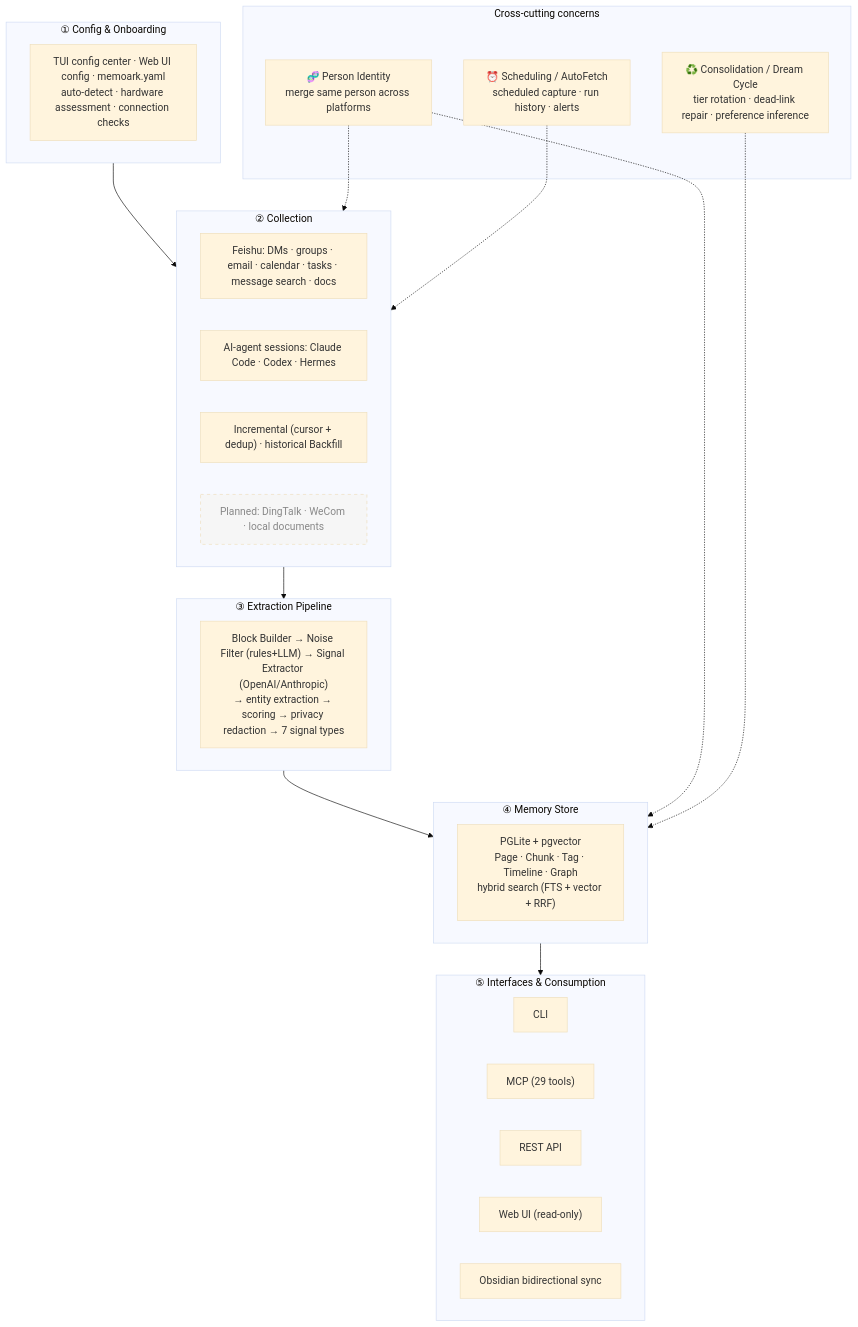
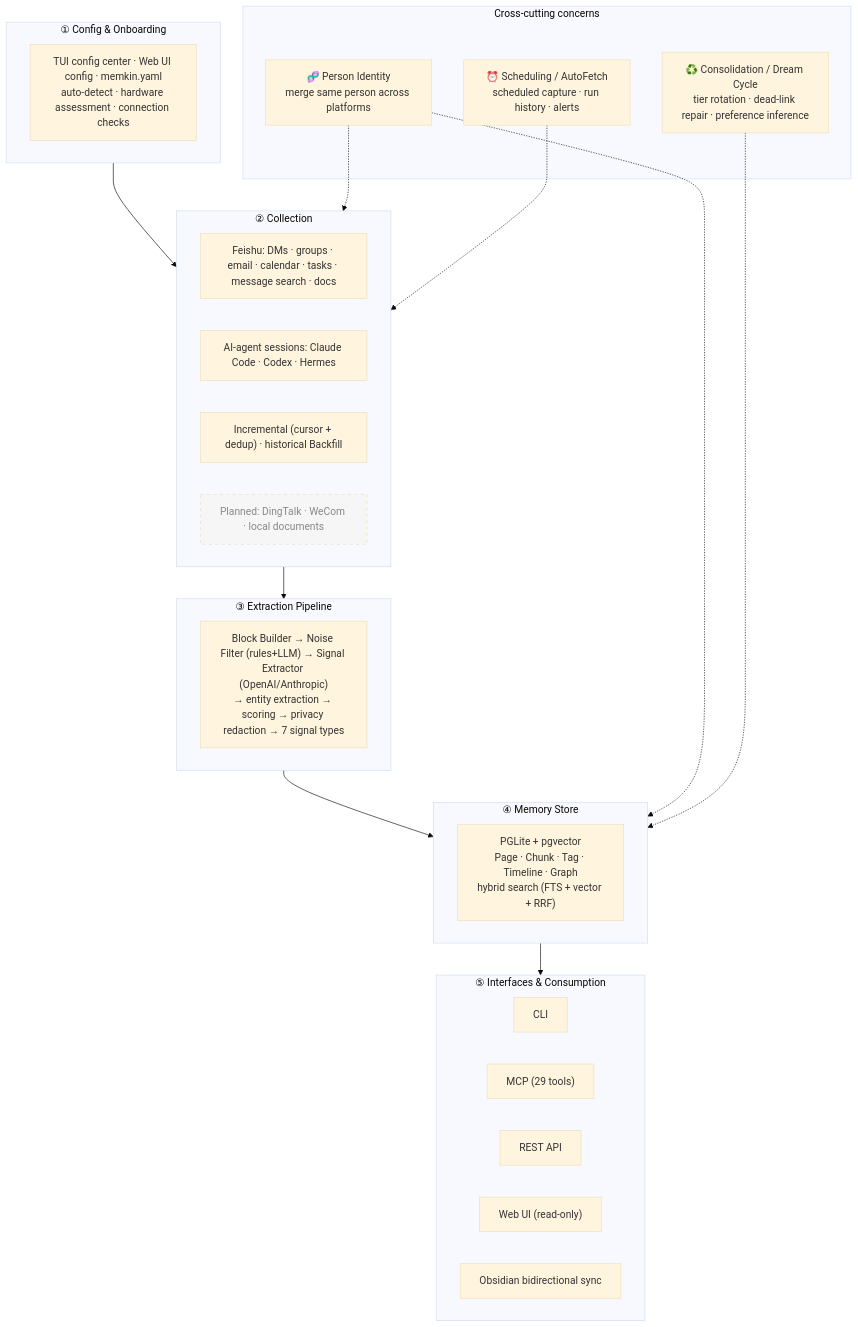
One commit to AndreLYL/memkin changed the diagram in README.en.md. Above: the diagram before and after it, drawn with Mermaid (base theme). The commit also changed other lines of this file and 175 other files, not shown here.

First line of the commit message:
refactor(rename): rebrand memoark -> memkin across repo

````diff
--- a/README.en.md
+++ b/README.en.md
@@ -450,40 +450,40 @@
 ```mermaid
 flowchart TB
   subgraph L1["① Config & Onboarding"]
-    cfg["TUI config center · Web UI config · memoark.yaml<br/>auto-detect · hardware assessment · connection checks"]
+    cfg["TUI config center · Web UI config · memkin.yaml<br/>auto-detect · hardware assessment · connection checks"]
   end
   subgraph L2["② Collection"]
     feishu["Feishu: DMs · groups · email · calendar · tasks · message search · docs"]
     agent["AI-agent sessions: Claude Code · Codex · Hermes"]
     inc["Incremental (cursor + dedup) · historical Backfill"]
     planned1["Planned: DingTalk · WeCom · local documents"]:::planned
   end
   subgraph L3["③ Extraction Pipeline"]
     pipe["Block Builder → Noise Filter (rules+LLM) → Signal Extractor (OpenAI/Anthropic)<br/>→ entity extraction → scoring → privacy redaction → 7 signal types"]
   end
   subgraph L4["④ Memory Store"]
     store["PGLite + pgvector<br/>Page · Chunk · Tag · Timeline · Graph<br/>hybrid search (FTS + vector + RRF)"]
   end
   subgraph L5["⑤ Interfaces & Consumption"]
     cli["CLI"]
     mcp["MCP (29 tools)"]
     rest["REST API"]
     web["Web UI (read-only)"]
     obs["Obsidian bidirectional sync"]
   end
 
   L1 --> L2 --> L3 --> L4 --> L5
 
   subgraph X["Cross-cutting concerns"]
     id["🧬 Person Identity<br/>merge same person across platforms"]
     cons["♻️ Consolidation / Dream Cycle<br/>tier rotation · dead-link repair · preference inference"]
     sched["⏰ Scheduling / AutoFetch<br/>scheduled capture · run history · alerts"]
   end
 
   id -.-> L2
   id -.-> L4
   cons -.-> L4
   sched -.-> L2
 
   classDef planned stroke-dasharray: 5 5,fill:#f6f6f6,color:#888;
 ```
````
